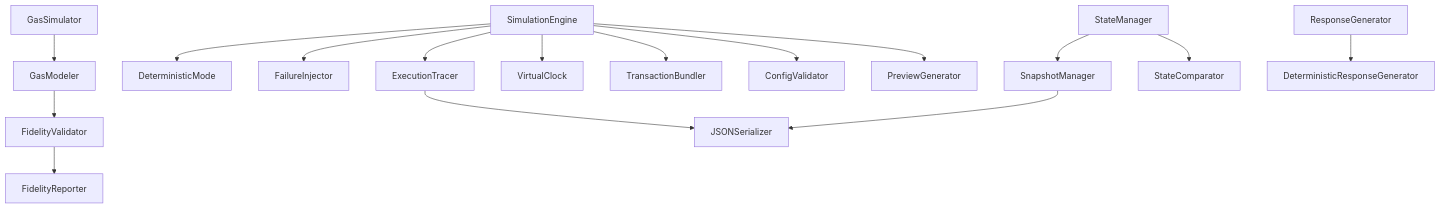
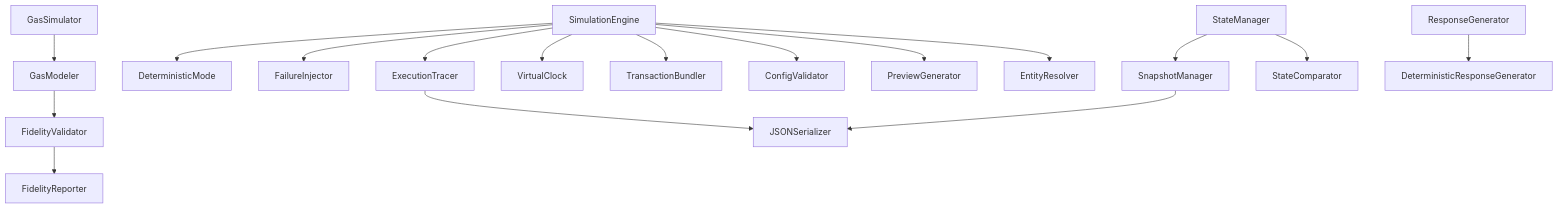
One commit to Halo-chains/chenpilot changed the first of 2 diagrams in .kiro/specs/simulation-stack-hardening/design.md. Above: the diagram before and after it, drawn with Mermaid. The commit also changed other lines of this file, not shown here.

````diff
--- a/.kiro/specs/simulation-stack-hardening/design.md
+++ b/.kiro/specs/simulation-stack-hardening/design.md
@@ -40,24 +30,25 @@
 ```mermaid
 graph TB
     SE[SimulationEngine] --> DM[DeterministicMode]
     SE --> FI[FailureInjector]
     SE --> ET[ExecutionTracer]
     SE --> VC[VirtualClock]
     SE --> TB[TransactionBundler]
 
     SM[StateManager] --> SS[SnapshotManager]
     SM --> SC[StateComparator]
 
     GS[GasSimulator] --> GM[GasModeler]
     GM --> FV[FidelityValidator]
 
     RG[ResponseGenerator] --> DRG[DeterministicResponseGenerator]
 
     ET --> JS[JSONSerializer]
     SS --> JS
 
     FV --> FR[FidelityReporter]
 
     SE --> CV[ConfigValidator]
     SE --> PG[PreviewGenerator]
+    SE --> ER[EntityResolver]
 ```
````
